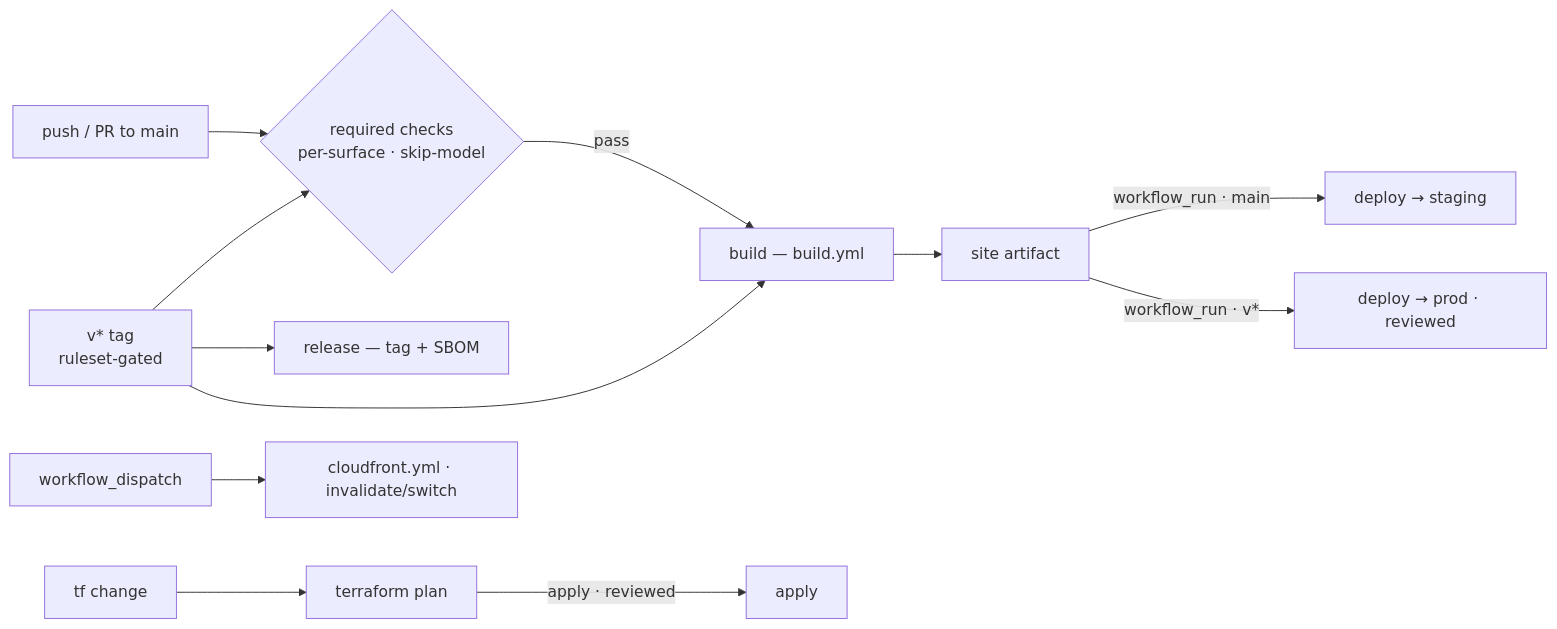
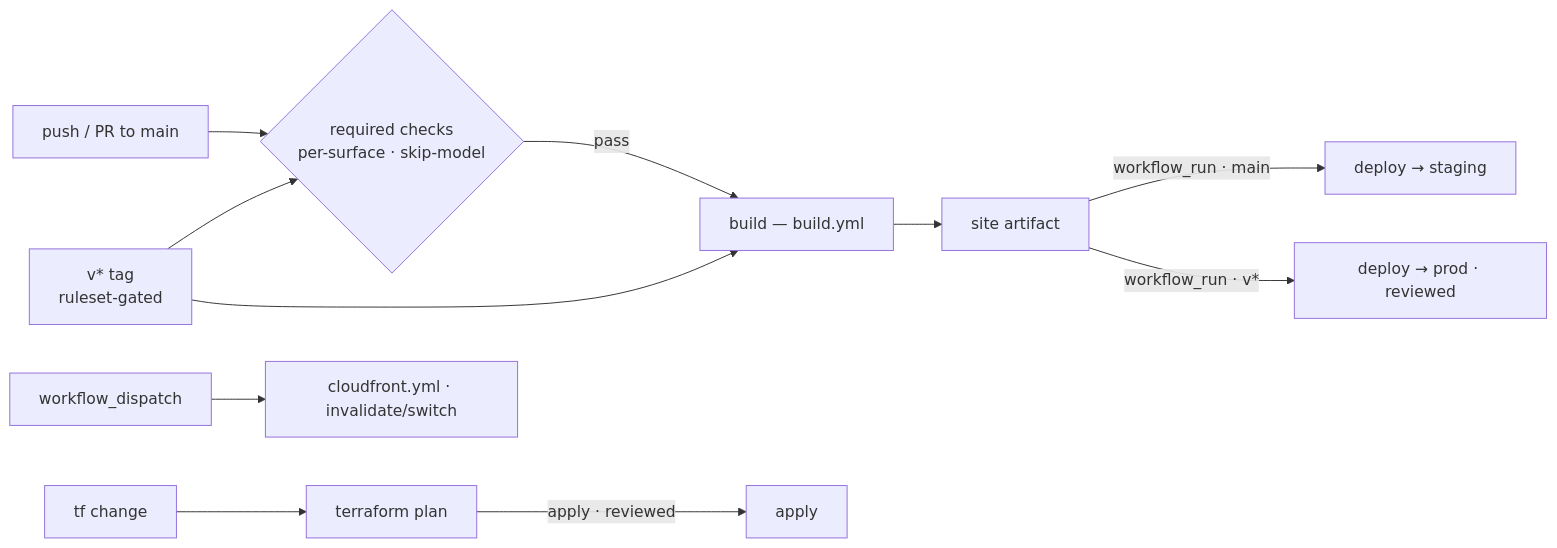
Before and after one commit to mathewmusango/my-portfolio: the fourth of 4 diagrams in docs/en/atlas/platform-architecture.md, drawn with Mermaid. The commit also changed 12 other files, not shown here.

First line of the commit message:
Rebuild the changelog, add Emuplane to the site map, and fix the diagram theming (#359)

````diff
--- a/docs/en/atlas/platform-architecture.md
+++ b/docs/en/atlas/platform-architecture.md
@@ -76,13 +76,12 @@
 ```mermaid
 flowchart LR
     M[push / PR to main] --> C{required checks<br/>per-surface · skip-model}
     V[v* tag<br/>ruleset-gated] --> C
     C -->|pass| B[build — build.yml]
     V --> B
     B --> A[site artifact]
     A -->|workflow_run · main| S[deploy → staging]
     A -->|workflow_run · v*| P[deploy → prod · reviewed]
-    V --> R[release — tag + SBOM]
     T[tf change] --> TP[terraform plan] -->|apply · reviewed| AP[apply]
     X[workflow_dispatch] --> CF[cloudfront.yml · invalidate/switch]
 ```
````
